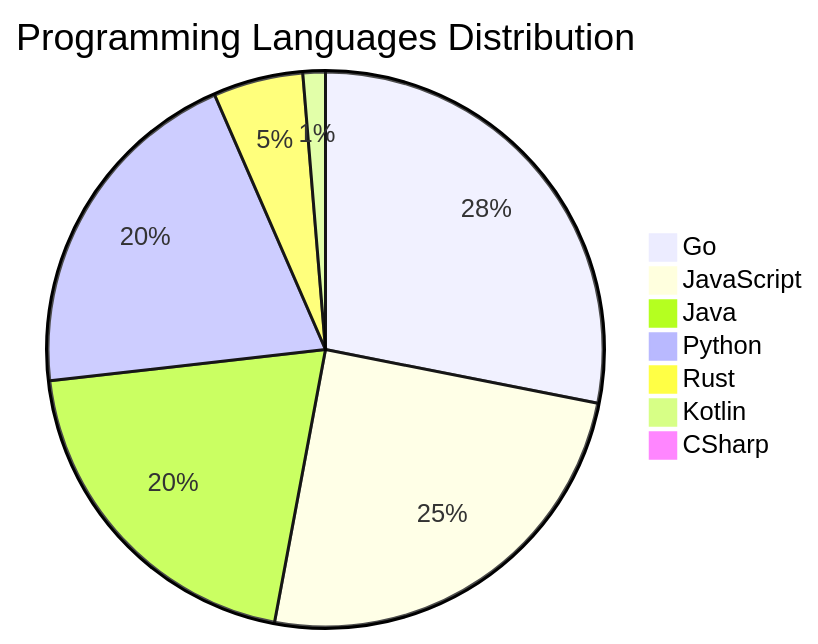
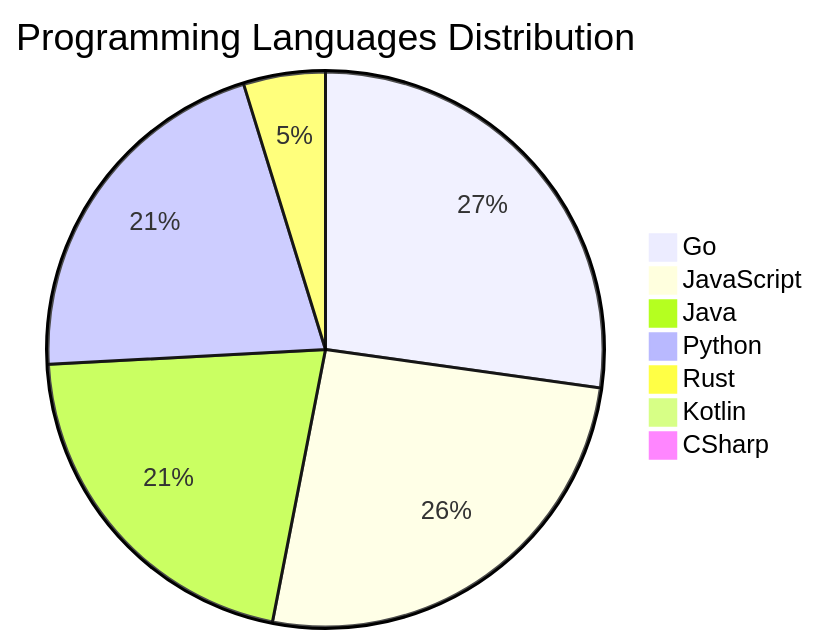
Before and after one commit to Derrick-MUGISHA/github-activity-bot: the diagram in README.md, drawn with Mermaid. The commit also changed other lines of this file and 4 other files, not shown here.

````diff
--- a/README.md
+++ b/README.md
@@ -207,10 +207,10 @@
 ```mermaid
 pie title Programming Languages Distribution
-    "Go" : 43
+    "Go" : 40
     "JavaScript" : 38
     "Java" : 31
     "Python" : 31
-    "Rust" : 8
-    "Kotlin" : 2
+    "Rust" : 7
+    "Kotlin" : 1
     "CSharp" : 1
 ```
````
